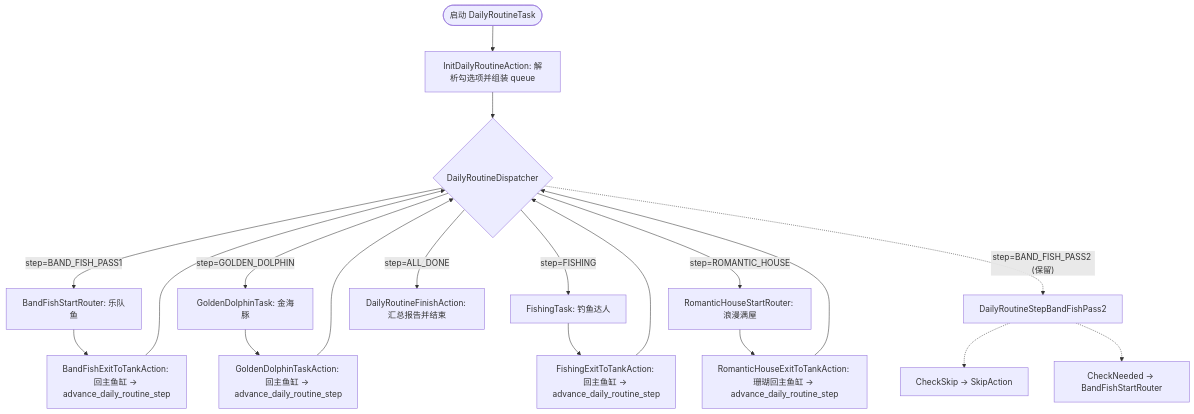
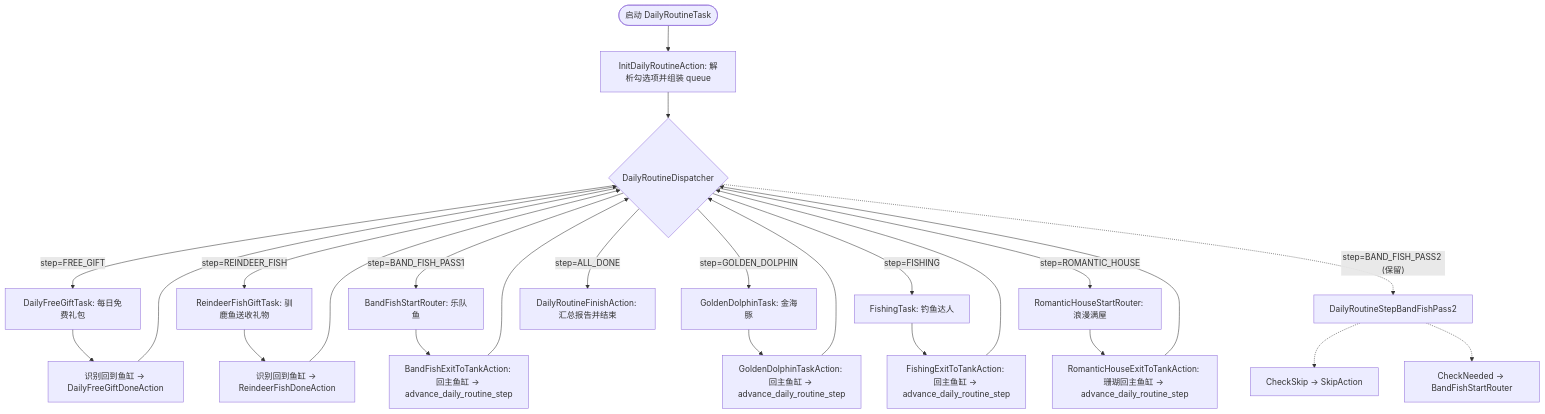
One commit to zhimaheiye/MaaHappyFish changed the diagram in docs/features/daily-routine.md. Above: the diagram before and after it, drawn with Mermaid. The commit also changed other lines of this file and 77 other files, not shown here.

````diff
--- a/docs/features/daily-routine.md
+++ b/docs/features/daily-routine.md
@@ -46,28 +51,34 @@
 ```mermaid
 flowchart TD
     Start([启动 DailyRoutineTask]) --> Init[InitDailyRoutineAction: 解析勾选项并组装 queue]
     Init --> Dispatcher{DailyRoutineDispatcher}
 
     %% 步骤分发
+    Dispatcher -- step=FREE_GIFT --> FG[DailyFreeGiftTask: 每日免费礼包]
+    Dispatcher -- step=REINDEER_FISH --> RF[ReindeerFishGiftTask: 驯鹿鱼送收礼物]
     Dispatcher -- step=BAND_FISH_PASS1 --> BF[BandFishStartRouter: 乐队鱼]
     Dispatcher -- step=GOLDEN_DOLPHIN --> GD[GoldenDolphinTask: 金海豚]
     Dispatcher -- step=FISHING --> FI[FishingTask: 钓鱼达人]
     Dispatcher -- step=ROMANTIC_HOUSE --> RH[RomanticHouseStartRouter: 浪漫满屋]
     Dispatcher -- step=ALL_DONE --> Finish[DailyRoutineFinishAction: 汇总报告并结束]
 
     %% 退出与队列推进
+    FG --> FG_Exit[识别回到鱼缸 -> DailyFreeGiftDoneAction]
+    RF --> RF_Exit[识别回到鱼缸 -> ReindeerFishDoneAction]
     BF --> BF_Exit[BandFishExitToTankAction: 回主鱼缸 -> advance_daily_routine_step]
     GD --> GD_Exit[GoldenDolphinTaskAction: 回主鱼缸 -> advance_daily_routine_step]
     FI --> FI_Exit[FishingExitToTankAction: 回主鱼缸 -> advance_daily_routine_step]
     RH --> RH_Exit[RomanticHouseExitToTankAction: 珊瑚回主鱼缸 -> advance_daily_routine_step]
 
+    FG_Exit --> Dispatcher
+    RF_Exit --> Dispatcher
     BF_Exit --> Dispatcher
     GD_Exit --> Dispatcher
     FI_Exit --> Dispatcher
     RH_Exit --> Dispatcher
 
     %% 保留的两阶段拓扑 (Pass 2)
     Dispatcher -. step=BAND_FISH_PASS2 (保留) .-> P2[DailyRoutineStepBandFishPass2]
     P2 -.-> P2_Skip[CheckSkip -> SkipAction]
     P2 -.-> P2_Run[CheckNeeded -> BandFishStartRouter]
 ```
````
